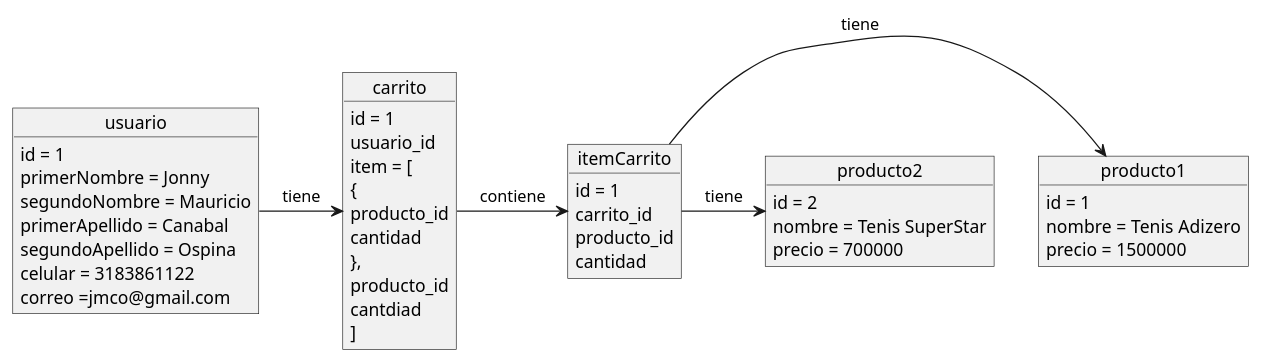
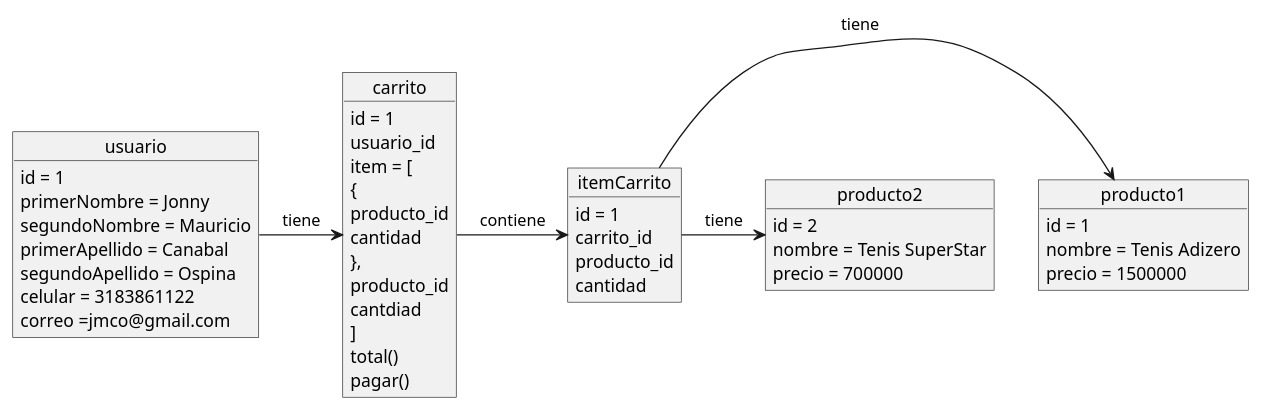
The diagram in diagramas-tienda-web/diagrama_de_objetos.puml (jonnycanabal/tienda-web-backend), drawn with PlantUML before and after one commit. The commit also changed 8 other files, not shown here.

Commit message:
Actualizacino diagramas UML

```diff
--- a/diagramas-tienda-web/diagrama_de_objetos.puml
+++ b/diagramas-tienda-web/diagrama_de_objetos.puml
@@ -1,47 +1,50 @@
 @startuml tienda-web
 
 object usuario{
     id = 1
     primerNombre = Jonny
     segundoNombre = Mauricio
     primerApellido = Canabal
     segundoApellido = Ospina
     celular = 3183861122
     correo =jmco@gmail.com
 }
 object producto1 {
     id = 1
     nombre = Tenis Adizero
     precio = 1500000
 }
 object producto2{
     id = 2
     nombre = Tenis SuperStar
     precio = 700000
 }
 object carrito{
     id = 1
     usuario_id
     item = [
         {
         producto_id
         cantidad
         },
         producto_id
         cantdiad
     ]
 
+    total()
+    pagar()
+
 }
 object itemCarrito{
     id = 1
     carrito_id
     producto_id
     cantidad
 }
 
 usuario -> carrito: tiene
 carrito -> itemCarrito: contiene
 itemCarrito -> producto1: tiene
 itemCarrito -> producto2: tiene
 
 @enduml
```
